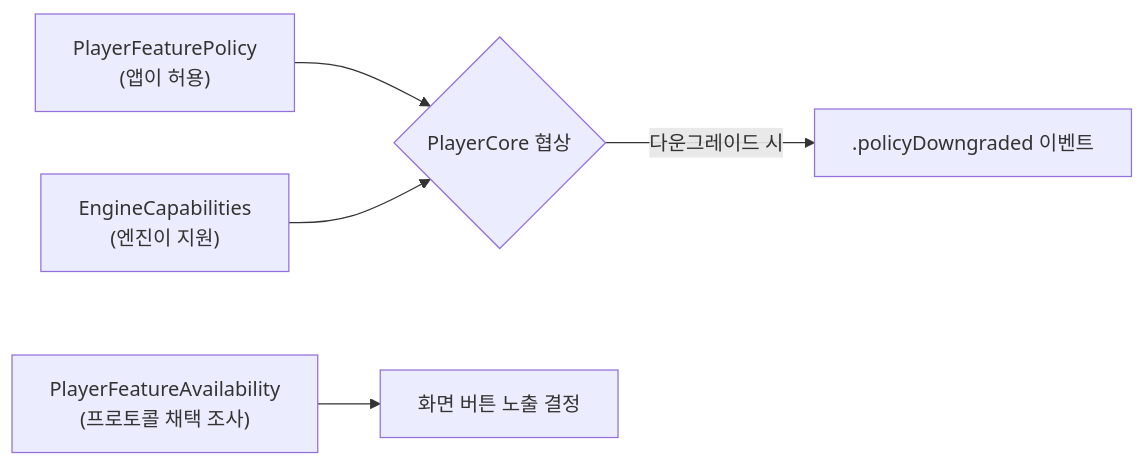
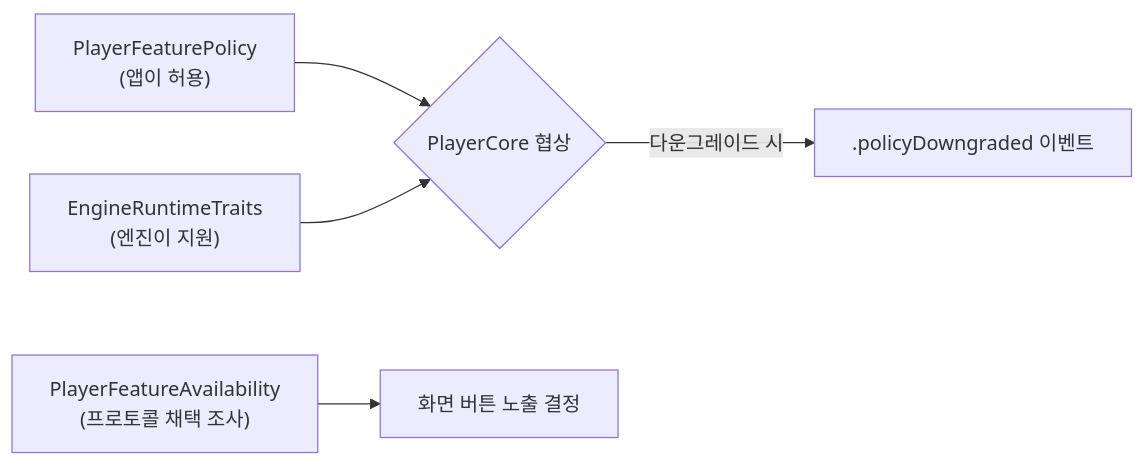
Before and after one commit to megastudymobile/ms-videoplayer-ios: the second of 2 diagrams in docs/HANDOVER/03-domain-types.md, drawn with Mermaid. The commit also changed other lines of this file and 11 other files, not shown here.

````diff
--- a/docs/HANDOVER/03-domain-types.md
+++ b/docs/HANDOVER/03-domain-types.md
@@ -190,7 +190,7 @@
 ```mermaid
 flowchart LR
     Policy["PlayerFeaturePolicy<br/>(앱이 허용)"] --> Nego{PlayerCore 협상}
-    Caps["EngineCapabilities<br/>(엔진이 지원)"] --> Nego
+    Caps["EngineRuntimeTraits<br/>(엔진이 지원)"] --> Nego
     Avail["PlayerFeatureAvailability<br/>(프로토콜 채택 조사)"] --> UI[화면 버튼 노출 결정]
     Nego -->|다운그레이드 시| Event[".policyDowngraded 이벤트"]
 ```
````
